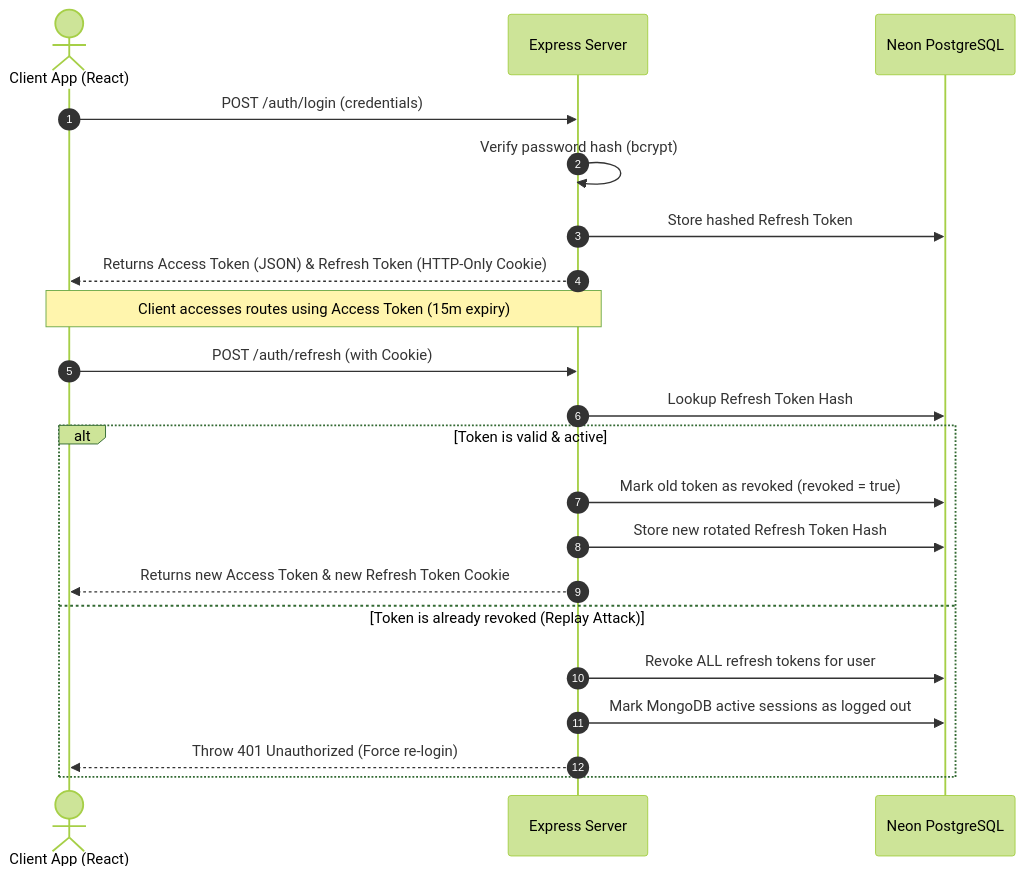
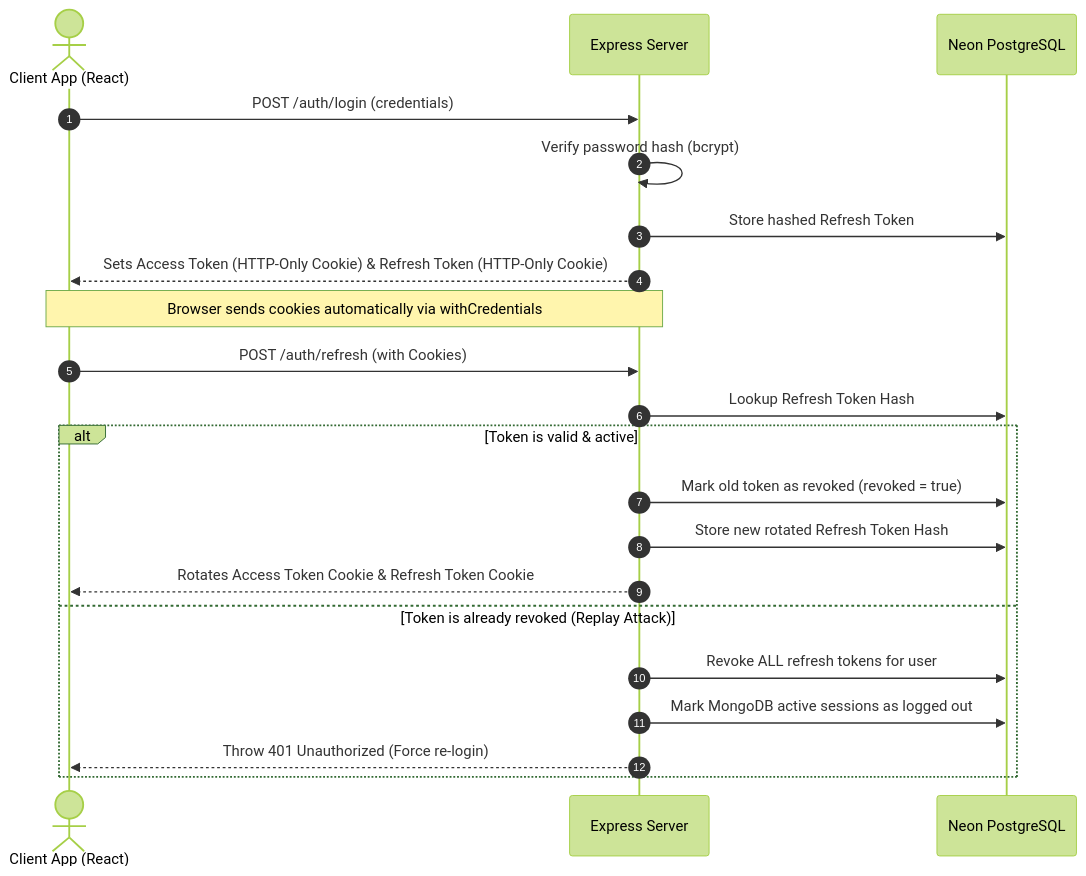
One commit to Shubham062004/Resturant_Managment_System changed the second of 2 diagrams in docs/Architecture.md. Above: the diagram before and after it, drawn with Mermaid (forest theme). The commit also changed other lines of this file and 31 other files, not shown here.

Commit message:
fix(audit): production readiness — build, auth cookies, catalog, CI, docs

````diff
--- a/docs/Architecture.md
+++ b/docs/Architecture.md
@@ -70,26 +70,26 @@
 ```mermaid
 sequenceDiagram
     autonumber
     actor Client as Client App (React)
     participant Server as Express Server
     participant DB as Neon PostgreSQL
 
     Client->>Server: POST /auth/login (credentials)
     Server->>Server: Verify password hash (bcrypt)
     Server->>DB: Store hashed Refresh Token
-    Server-->>Client: Returns Access Token (JSON) & Refresh Token (HTTP-Only Cookie)
+    Server-->>Client: Sets Access Token (HTTP-Only Cookie) & Refresh Token (HTTP-Only Cookie)
 
-    Note over Client,Server: Client accesses routes using Access Token (15m expiry)
+    Note over Client,Server: Browser sends cookies automatically via withCredentials
 
-    Client->>Server: POST /auth/refresh (with Cookie)
+    Client->>Server: POST /auth/refresh (with Cookies)
     Server->>DB: Lookup Refresh Token Hash
     alt Token is valid & active
         Server->>DB: Mark old token as revoked (revoked = true)
         Server->>DB: Store new rotated Refresh Token Hash
-        Server-->>Client: Returns new Access Token & new Refresh Token Cookie
+        Server-->>Client: Rotates Access Token Cookie & Refresh Token Cookie
     else Token is already revoked (Replay Attack)
         Server->>DB: Revoke ALL refresh tokens for user
         Server->>DB: Mark MongoDB active sessions as logged out
         Server-->>Client: Throw 401 Unauthorized (Force re-login)
     end
 ```
````
